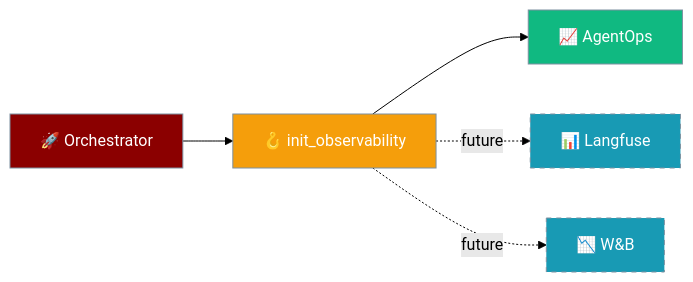
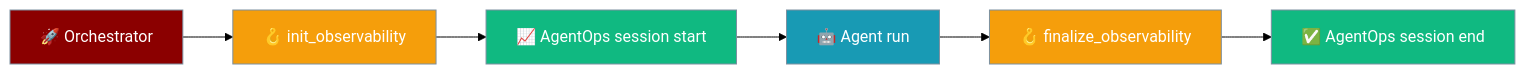
One commit to MervinPraison/PraisonAIDocs changed the first of 2 diagrams in docs/features/observability-hooks.mdx. Above: the diagram before and after it, drawn with Mermaid (forest theme). The commit also changed other lines of this file and 2 other files, not shown here.

Commit message:
docs: resolve issue #560 — document finalize_observability() hook

````diff
--- a/docs/features/observability-hooks.mdx
+++ b/docs/features/observability-hooks.mdx
@@ -10,17 +10,18 @@
 ```mermaid
 graph LR
     A[🚀 Orchestrator] --> B[🪝 init_observability]
-    B --> C[📈 AgentOps]
-    B -.future.-> D[📊 Langfuse]
-    B -.future.-> E[📉 W&B]
+    B --> C[📈 AgentOps session start]
+    C --> D[🤖 Agent run]
+    D --> E[🪝 finalize_observability]
+    E --> F[✅ AgentOps session end]
 
     classDef orch fill:#8B0000,stroke:#7C90A0,color:#fff
     classDef hook fill:#F59E0B,stroke:#7C90A0,color:#fff
-    classDef now fill:#10B981,stroke:#7C90A0,color:#fff
-    classDef future fill:#189AB4,stroke:#7C90A0,color:#fff,stroke-dasharray: 5 5
+    classDef result fill:#10B981,stroke:#7C90A0,color:#fff
+    classDef run fill:#189AB4,stroke:#7C90A0,color:#fff
 
     class A orch
-    class B hook
-    class C now
-    class D,E future
+    class B,E hook
+    class D run
+    class C,F result
 ```
````
